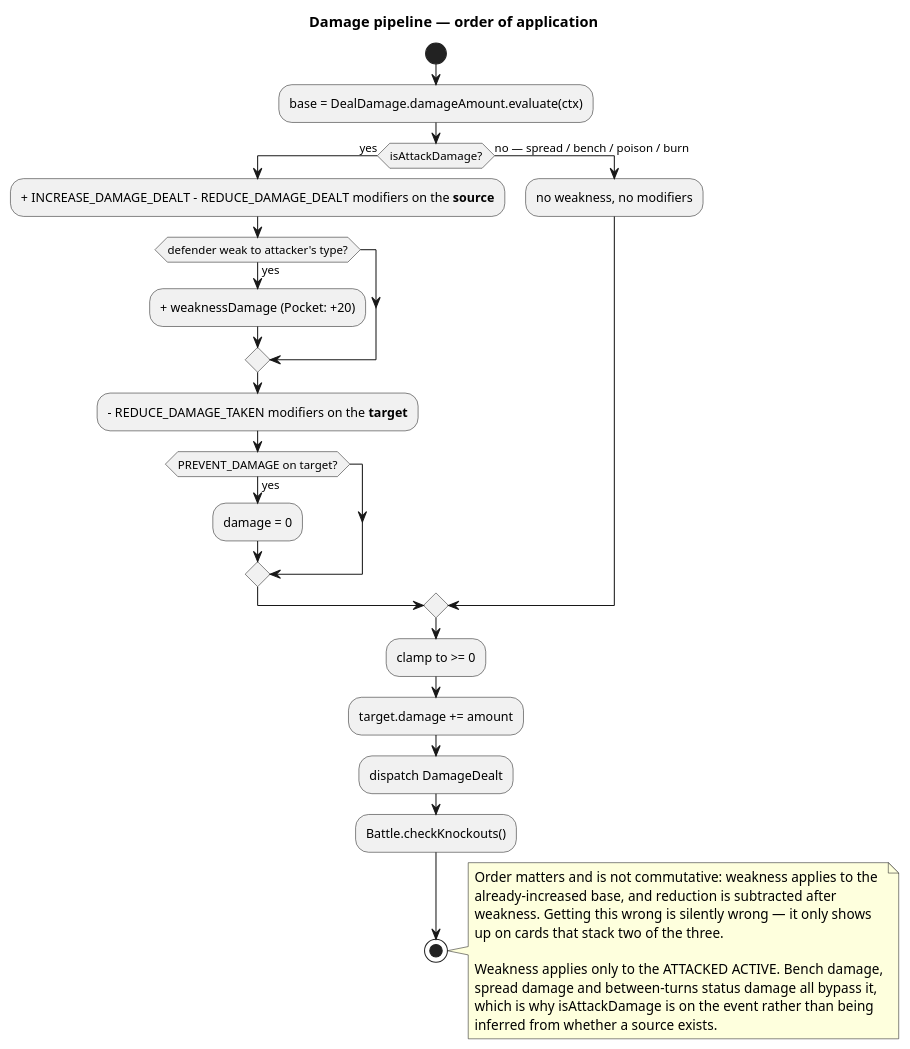
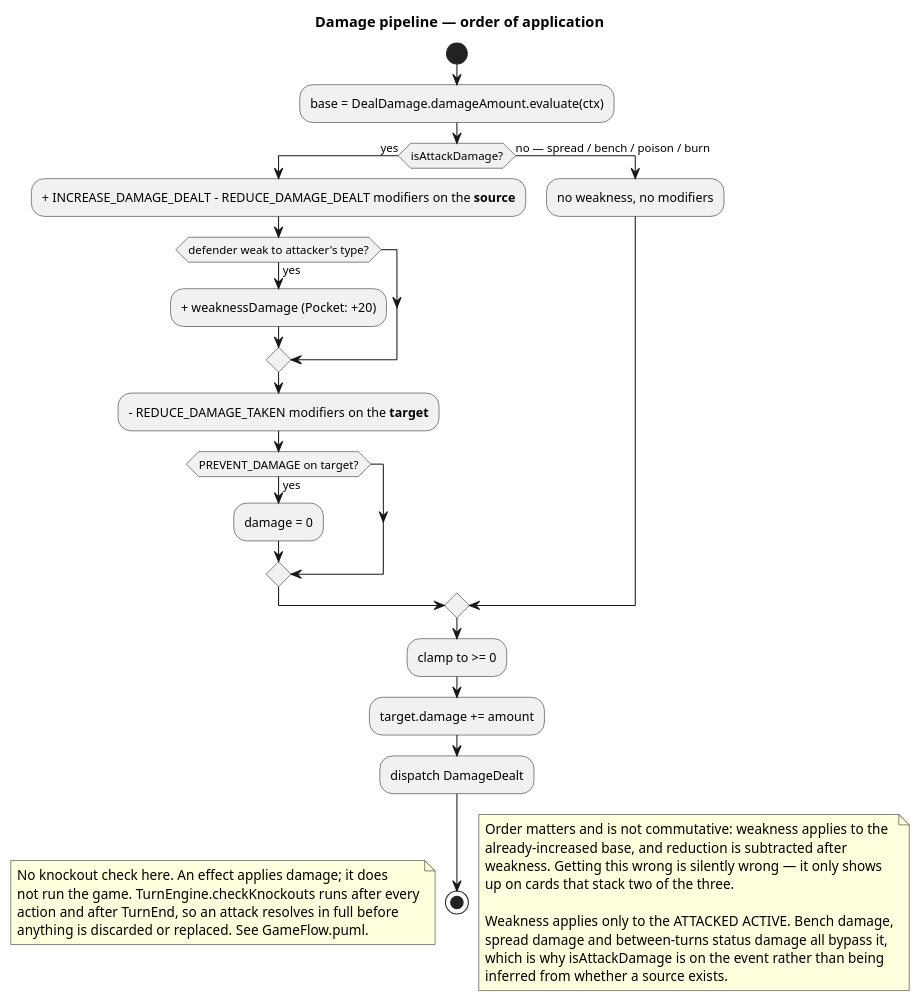
Before and after one commit to Richie-Moon/TCGPocketBattler: the second of 2 diagrams in docs/UML/Damage.puml, drawn with PlantUML. The commit also changed 21 other files, not shown here.

First line of the commit message:
feat(engine): Added TurnEngine and discard of the whole evolution stack

```diff
--- a/docs/UML/Damage.puml
+++ b/docs/UML/Damage.puml
@@ -52,39 +52,45 @@
 @startuml
 title Damage pipeline — order of application
 
 start
 :base = DealDamage.damageAmount.evaluate(ctx);
 
 if (isAttackDamage?) then (yes)
   :+ INCREASE_DAMAGE_DEALT - REDUCE_DAMAGE_DEALT modifiers on the **source**;
   if (defender weak to attacker's type?) then (yes)
     :+ weaknessDamage (Pocket: +20);
   endif
   :- REDUCE_DAMAGE_TAKEN modifiers on the **target**;
   if (PREVENT_DAMAGE on target?) then (yes)
     :damage = 0;
   endif
 else (no — spread / bench / poison / burn)
   :no weakness, no modifiers;
 endif
 
 :clamp to >= 0;
 :target.damage += amount;
 :dispatch DamageDealt;
-:Battle.checkKnockouts();
 
 stop
+
+note left
+  No knockout check here. An effect applies damage; it does
+  not run the game. TurnEngine.checkKnockouts runs after every
+  action and after TurnEnd, so an attack resolves in full before
+  anything is discarded or replaced. See GameFlow.puml.
+end note
 
 note right
   Order matters and is not commutative: weakness applies to the
   already-increased base, and reduction is subtracted after
   weakness. Getting this wrong is silently wrong — it only shows
   up on cards that stack two of the three.
 
   Weakness applies only to the ATTACKED ACTIVE. Bench damage,
   spread damage and between-turns status damage all bypass it,
   which is why isAttackDamage is on the event rather than being
   inferred from whether a source exists.
 end note
 
 @enduml
```
